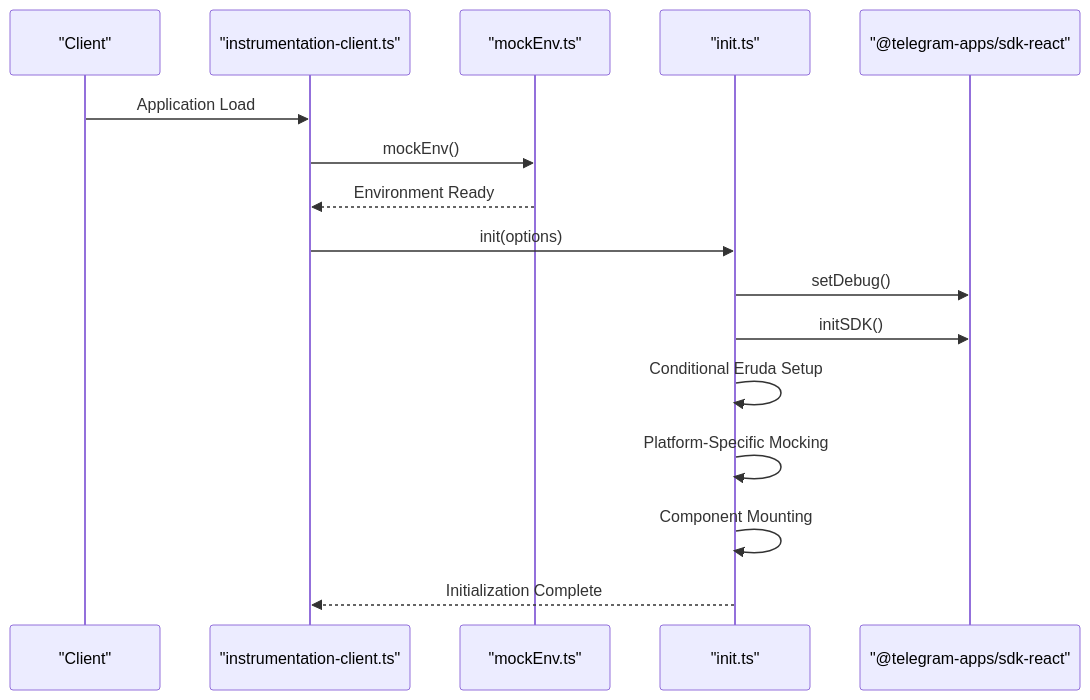
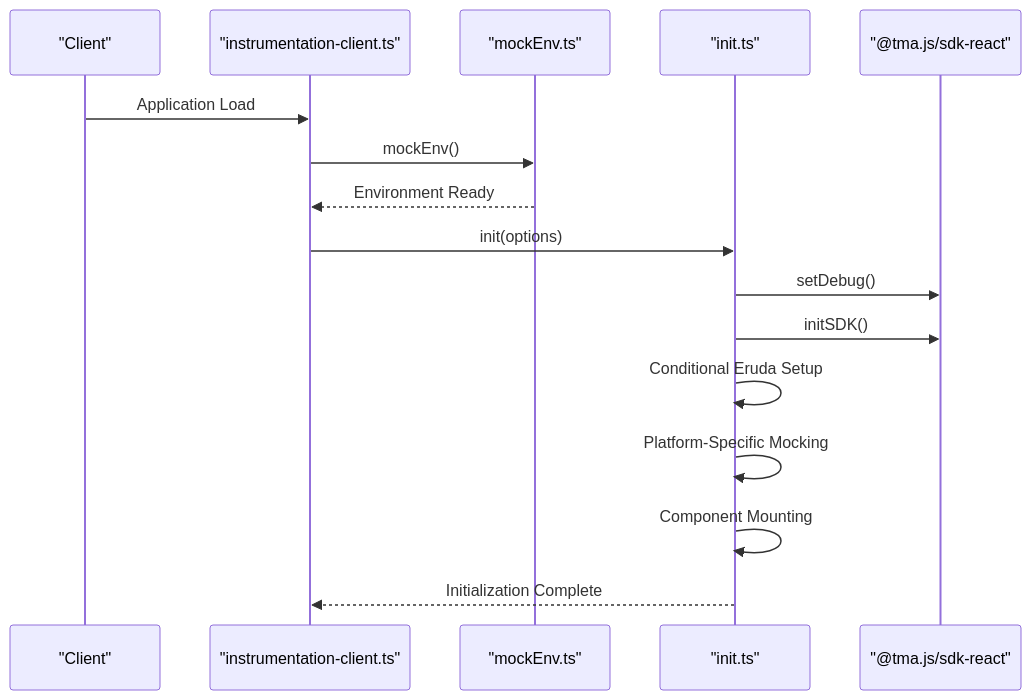
Before and after one commit to Miaterio/Passion-bot-2: the first of 3 diagrams in .qoder/repowiki/en/content/Core Architecture/Core Architecture.md, drawn with Mermaid. The commit also changed other lines of this file and 199 other files, not shown here.

````diff
--- a/.qoder/repowiki/en/content/Core Architecture/Core Architecture.md
+++ b/.qoder/repowiki/en/content/Core Architecture/Core Architecture.md
@@ -32,18 +32,18 @@
 ```mermaid
 sequenceDiagram
 participant Client as "Client"
 participant Instrumentation as "instrumentation-client.ts"
 participant Mock as "mockEnv.ts"
 participant Init as "init.ts"
-participant SDK as "@telegram-apps/sdk-react"
+participant SDK as "@tma.js/sdk-react"
 Client->>Instrumentation : Application Load
 Instrumentation->>Mock : mockEnv()
 Mock-->>Instrumentation : Environment Ready
 Instrumentation->>Init : init(options)
 Init->>SDK : setDebug()
 Init->>SDK : initSDK()
 Init->>Init : Conditional Eruda Setup
 Init->>Init : Platform-Specific Mocking
 Init->>Init : Component Mounting
 Init-->>Instrumentation : Initialization Complete
 ```
````
